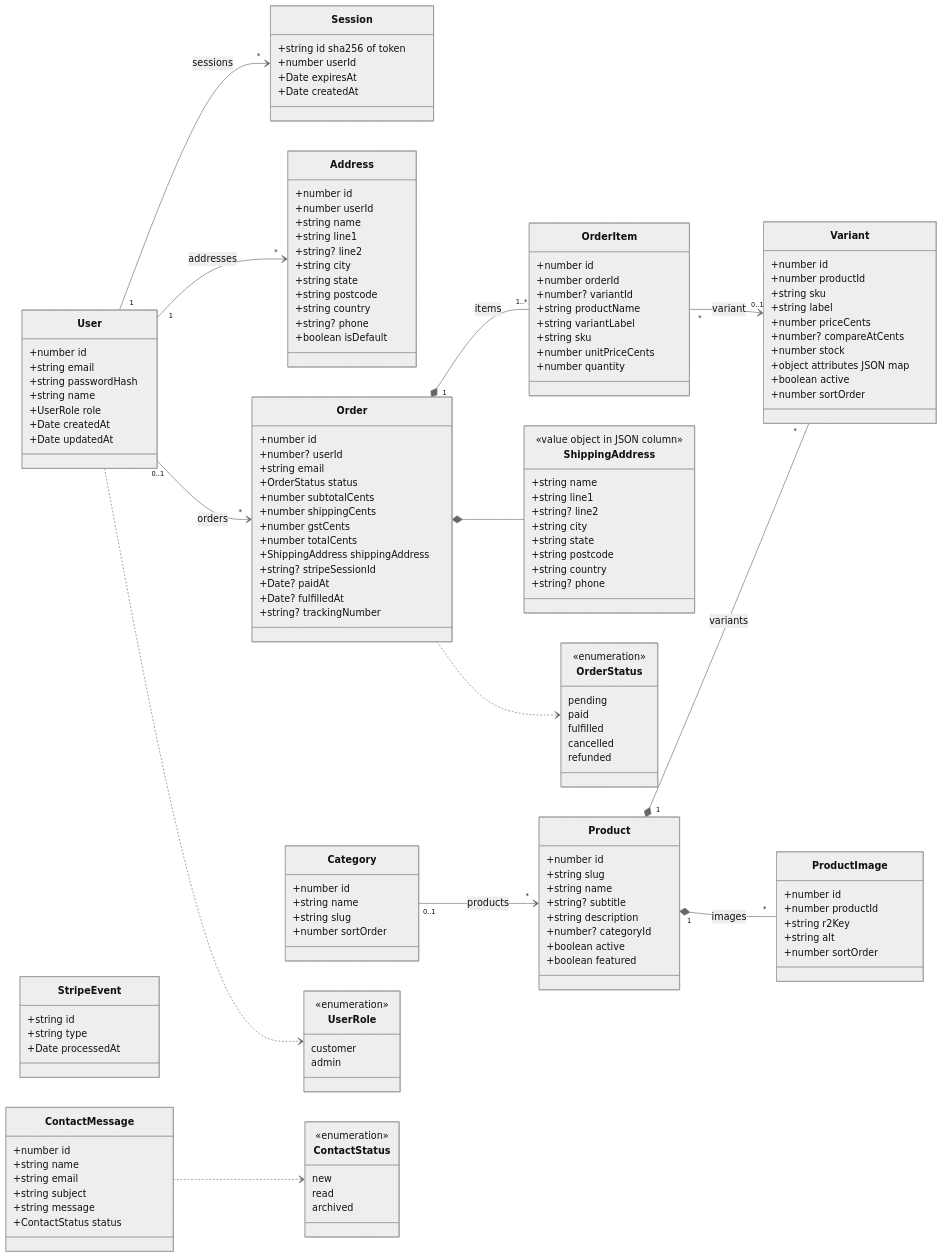
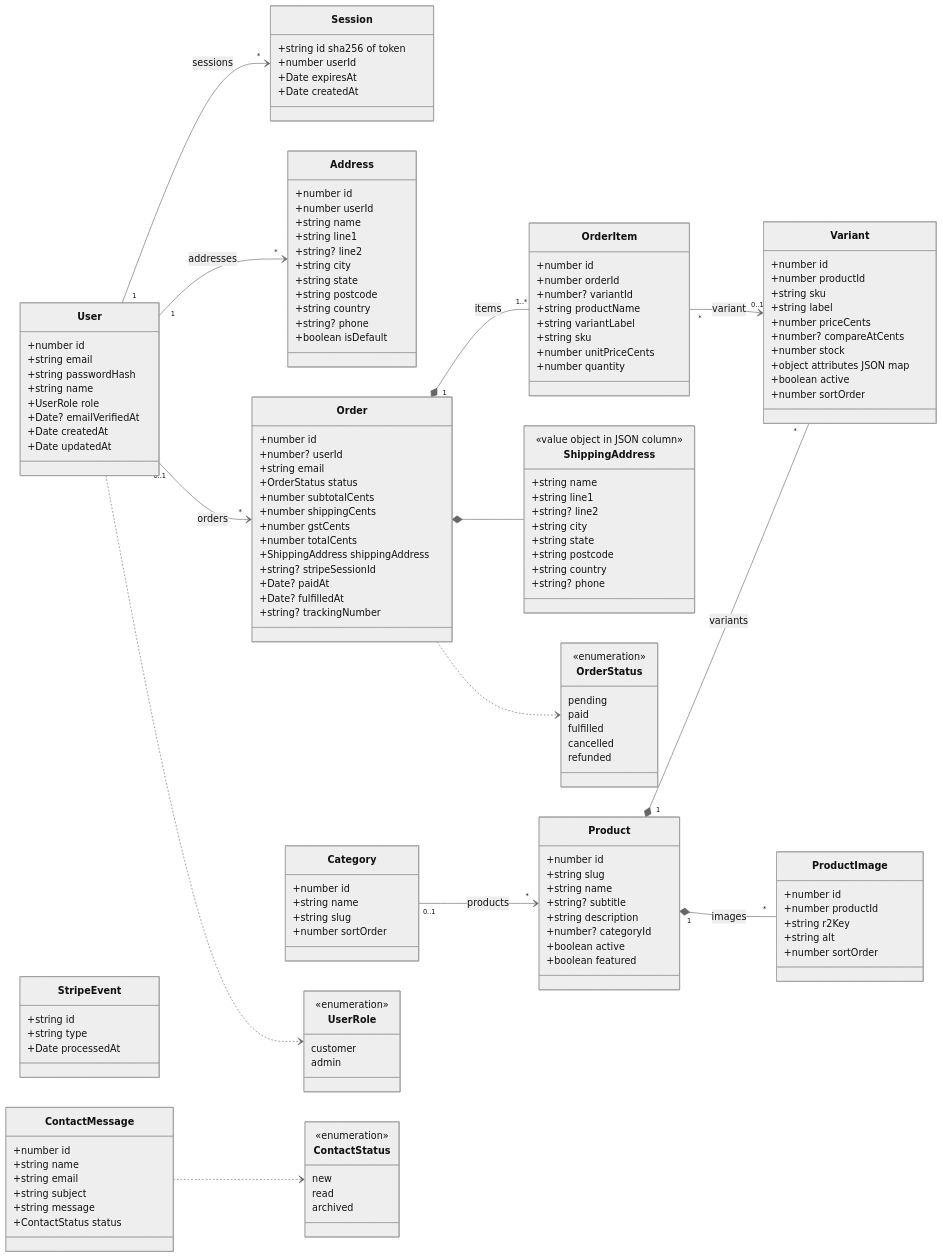
The second of 3 diagrams in docs/diagrams.md (therealsamrajya/novap-platform), drawn with Mermaid (neutral theme) before and after one commit. The commit also changed other lines of this file and 39 other files, not shown here.

```diff
--- a/docs/diagrams.md
+++ b/docs/diagrams.md
@@ -166,6 +182,7 @@
         +string passwordHash
         +string name
         +UserRole role
+        +Date? emailVerifiedAt
         +Date createdAt
         +Date updatedAt
     }
```
